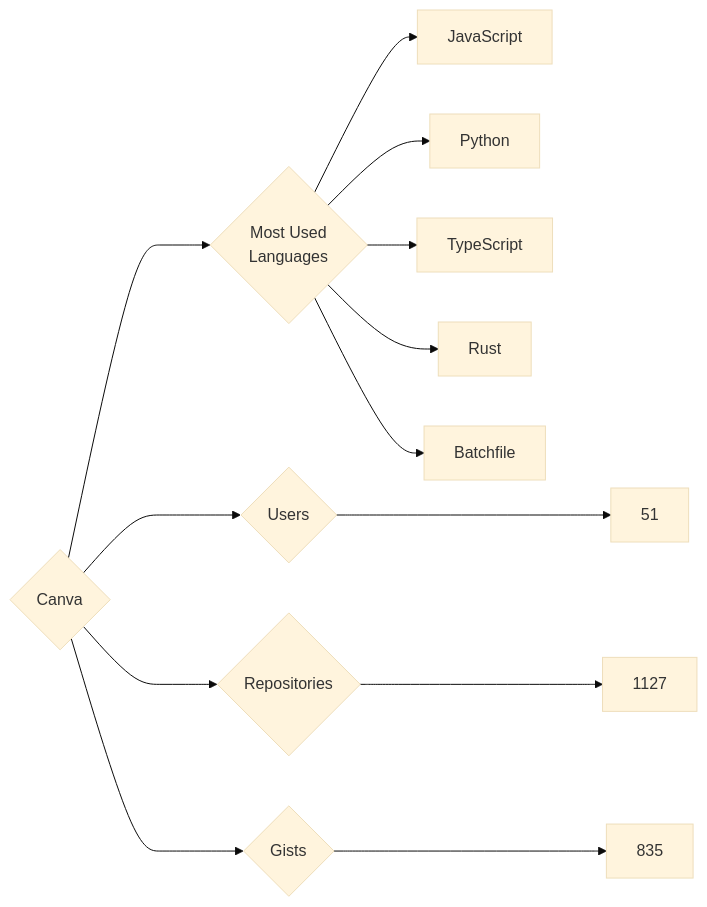
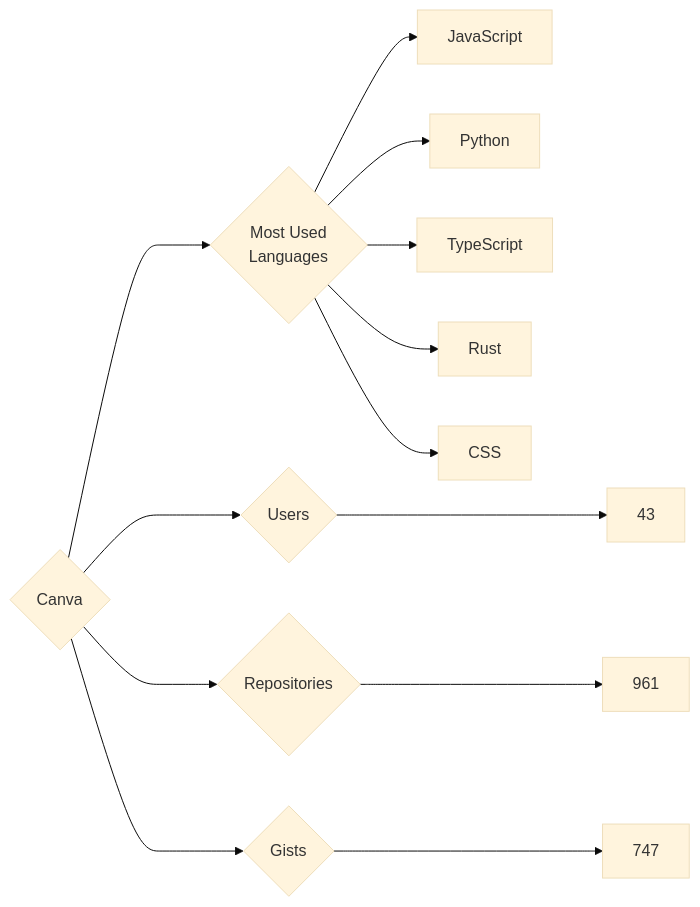
The diagram in targets/Canva/README.md (trickest/insiders), drawn with Mermaid (base theme) before and after one commit. The commit also changed 699 other files, not shown here.

````diff
--- a/targets/Canva/README.md
+++ b/targets/Canva/README.md
@@ -3,13 +3,13 @@
 ```mermaid
 graph LR
 COMPANY_NAME{Canva}
-COMPANY_NAME ---> U{Users} ---> UN[51]
-COMPANY_NAME ---> R{Repositories} ---> RN[1127]
-COMPANY_NAME ---> G{Gists} ---> GN[835]
+COMPANY_NAME ---> U{Users} ---> UN[43]
+COMPANY_NAME ---> R{Repositories} ---> RN[961]
+COMPANY_NAME ---> G{Gists} ---> GN[747]
 COMPANY_NAME ---> ML{Most Used<br>Languages}
 ML --> JavaScript[JavaScript]
 ML --> Python[Python]
 ML --> TypeScript[TypeScript]
 ML --> Rust[Rust]
-ML --> Batchfile[Batchfile]
+ML --> CSS[CSS]
 ```
````
